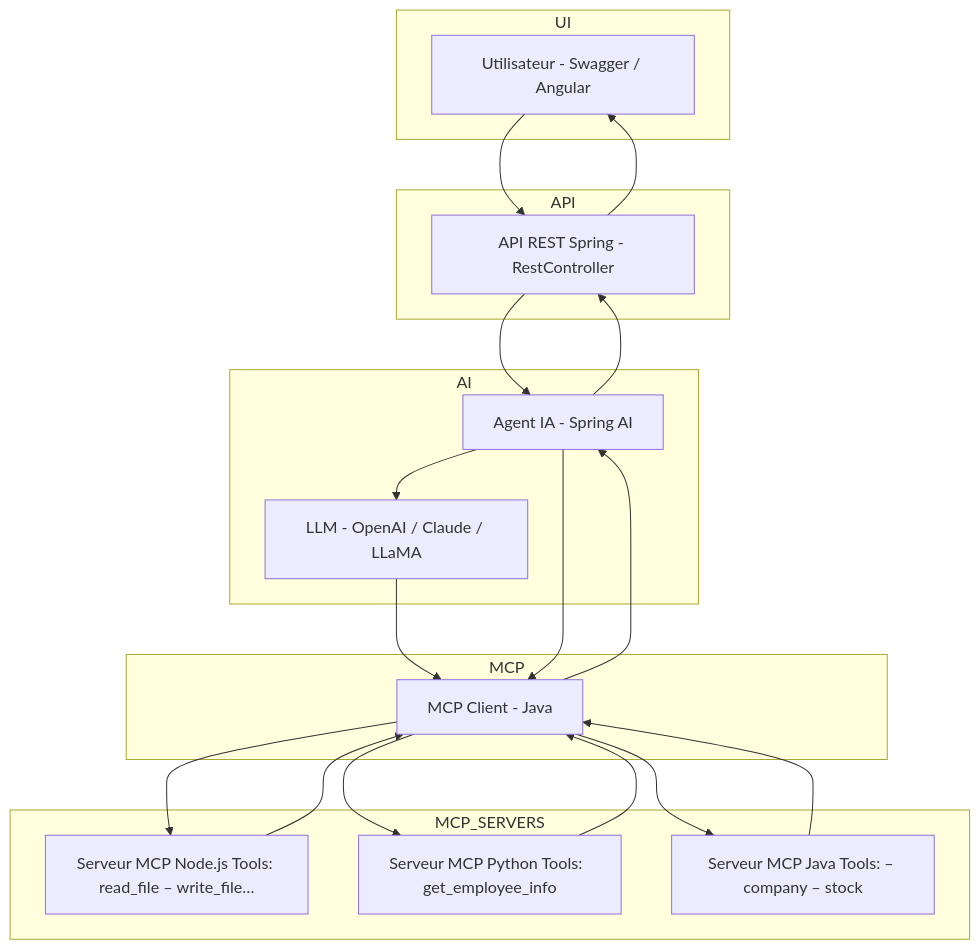
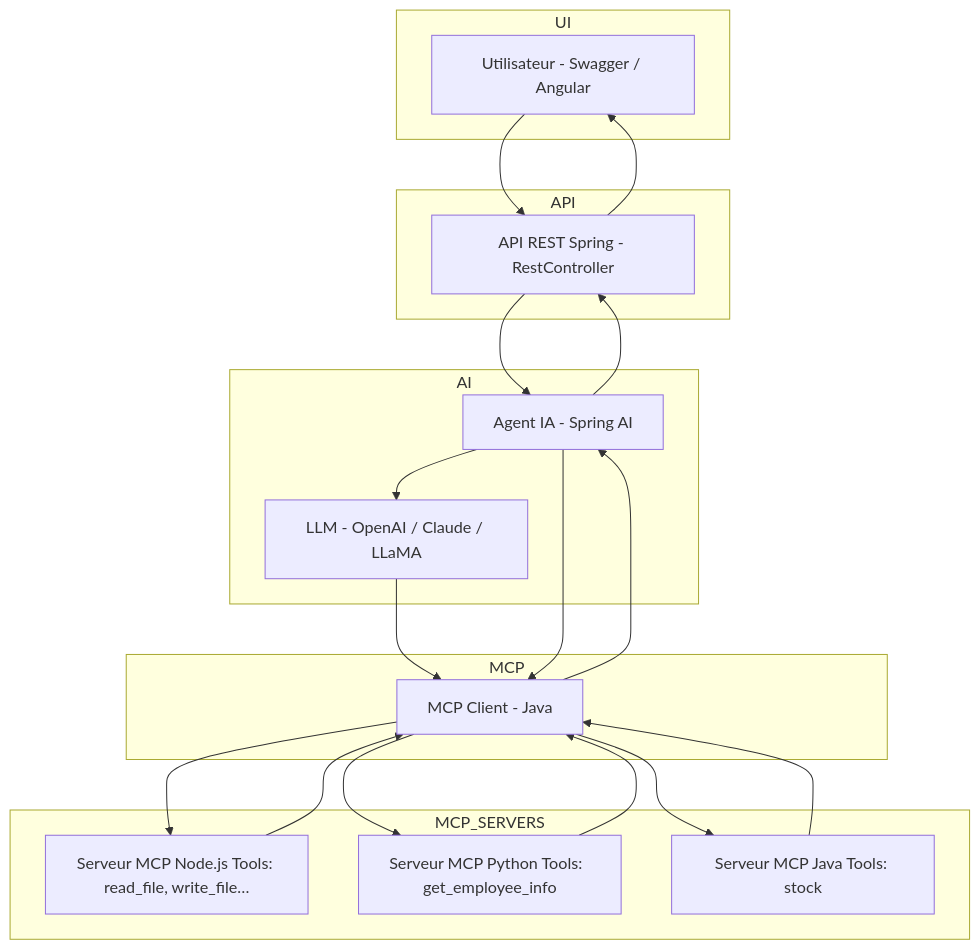
The second of 2 diagrams in README.md (AI-trainings/mcp-agentic-ai), drawn with Mermaid before and after one commit.

````diff
--- a/README.md
+++ b/README.md
@@ -85,45 +85,45 @@
 ```mermaid
 flowchart TD
     subgraph UI
         A[Utilisateur - Swagger / Angular]
     end
 
     subgraph API
         B[API REST Spring - RestController]
     end
 
     subgraph AI
         C[Agent IA - Spring AI]
         D[LLM - OpenAI / Claude / LLaMA]
     end
 
     subgraph MCP
         E[MCP Client - Java]
     end
 
     subgraph MCP_SERVERS
-        F[Serveur MCP Node.js Tools: read_file – write_file…]
+        F[Serveur MCP Node.js Tools: read_file, write_file…]
         G[Serveur MCP Python Tools:  get_employee_info]
-        H[Serveur MCP Java Tools: – company – stock]
+        H[Serveur MCP Java Tools: stock]
     end
 
     %% Requête utilisateur jusqu’à la sélection du tool
     A --> B
     B --> C
     C --> D
     D --> E
     C --> E
 
     %% Appel du bon serveur selon le tool
     E --> F
     E --> G
     E --> H
 
     %% Retour du résultat
     F --> E
     G --> E
     H --> E
     E --> C
     C --> B
     B --> A
 ```
````
